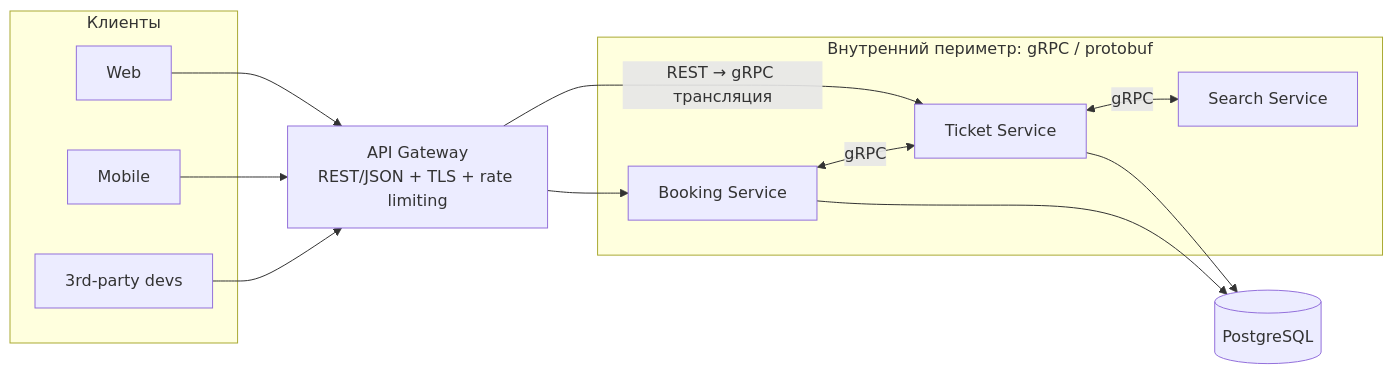
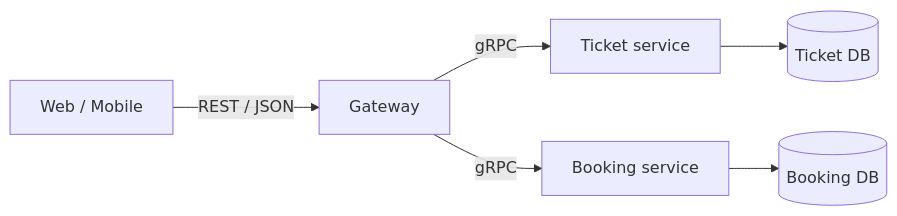
Before and after one commit to AlohaJava/system-design-interview-chamkin: the first of 3 diagrams in 01-building-blocks/api-design.md, drawn with Mermaid. The commit also changed other lines of this file and 49 other files, not shown here.

````diff
--- a/01-building-blocks/api-design.md
+++ b/01-building-blocks/api-design.md
@@ -54,24 +58,8 @@
 ```mermaid
 flowchart LR
-    subgraph Clients["Клиенты"]
-        W["Web"]
-        M["Mobile"]
-        P["3rd-party devs"]
-    end
-    GW["API Gateway<br/>REST/JSON + TLS + rate limiting"]
-    subgraph Internal["Внутренний периметр: gRPC / protobuf"]
-        S1["Ticket Service"]
-        S2["Booking Service"]
-        S3["Search Service"]
-    end
-    DB[("PostgreSQL")]
-    W --> GW
-    M --> GW
-    P --> GW
-    GW -->|"REST → gRPC трансляция"| S1
-    GW --> S2
-    S1 <-->|"gRPC"| S3
-    S2 <-->|"gRPC"| S1
-    S1 --> DB
-    S2 --> DB
+    C["Web / Mobile"] -->|"REST / JSON"| G["Gateway"]
+    G -->|"gRPC"| T["Ticket service"]
+    G -->|"gRPC"| B["Booking service"]
+    T --> TD[("Ticket DB")]
+    B --> BD[("Booking DB")]
 ```
````
